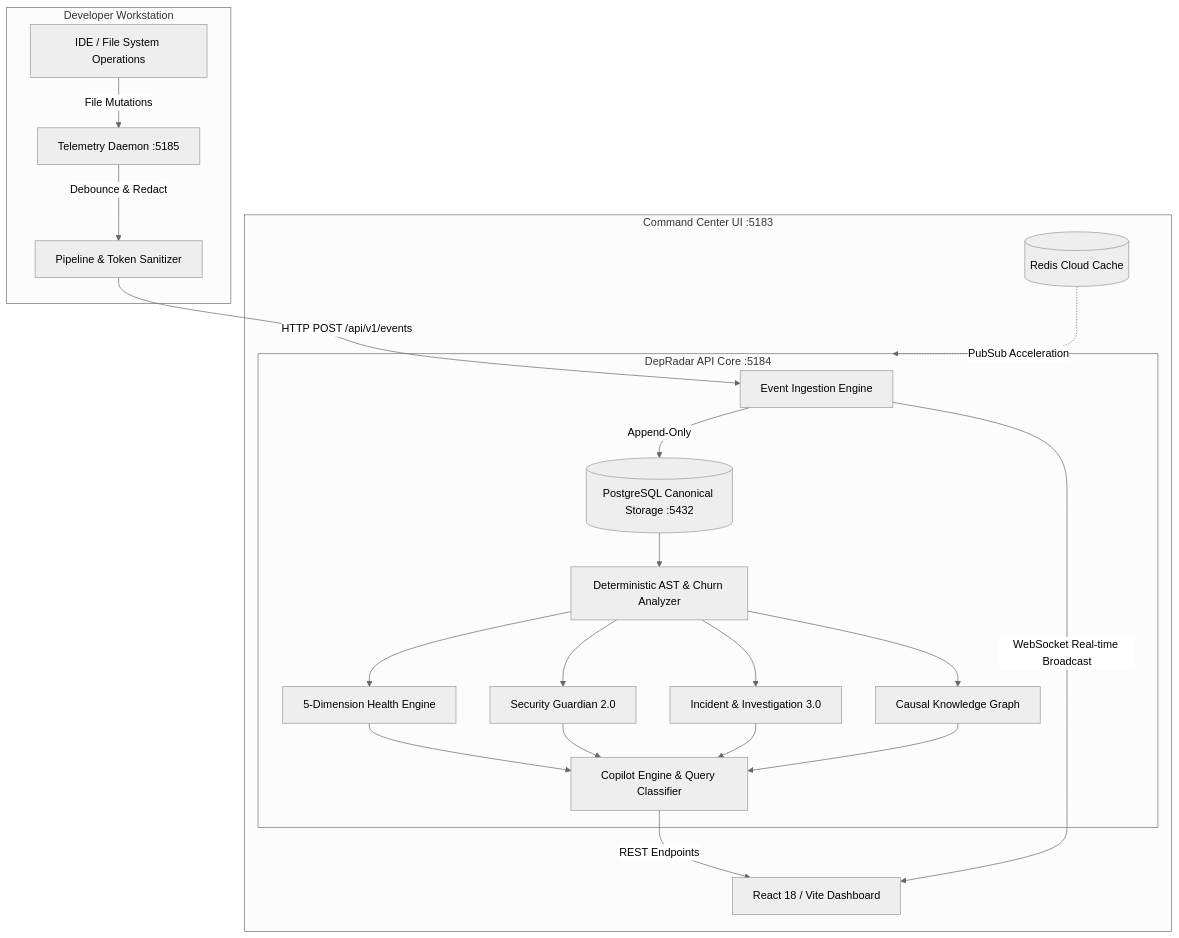
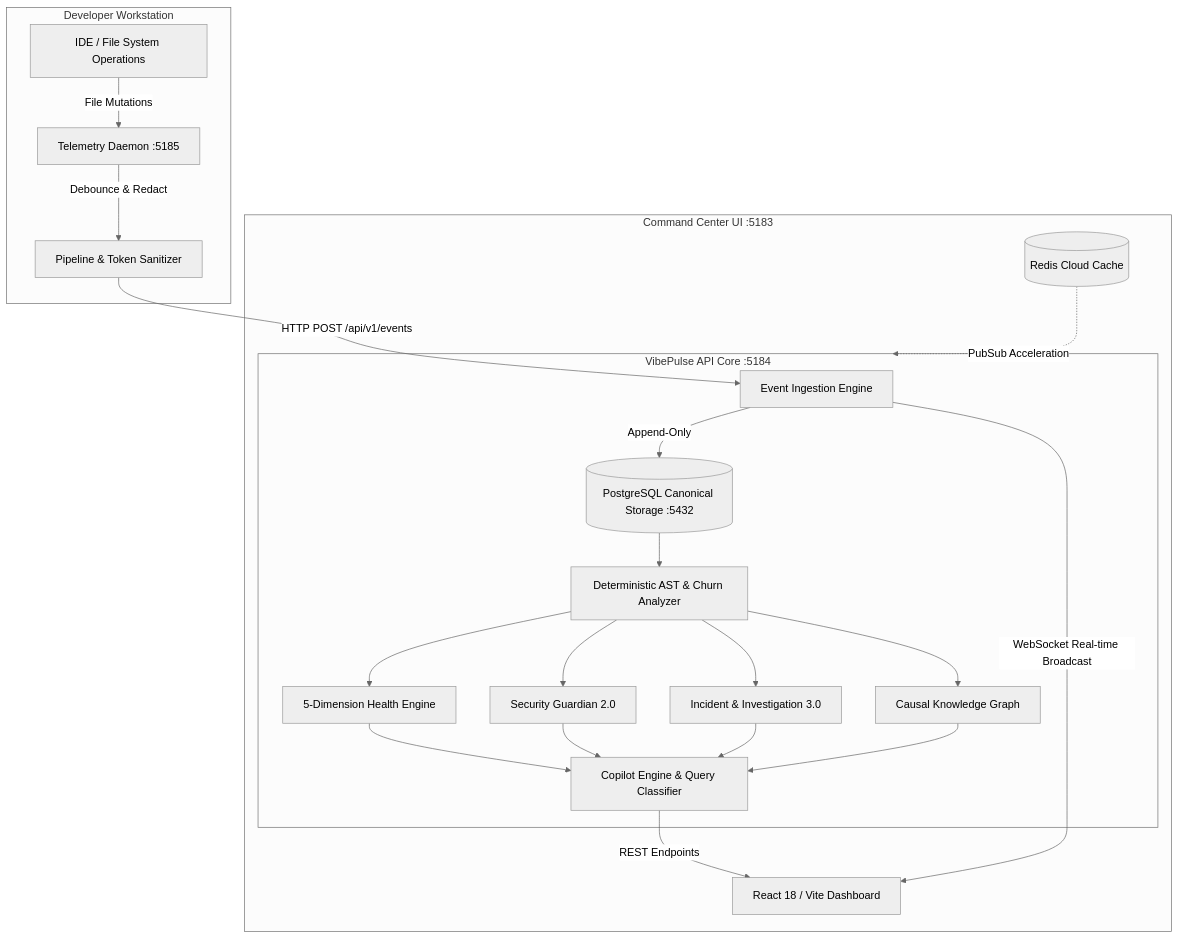
Before and after one commit to sanket200511/VibePulse: the diagram in README.md, drawn with Mermaid (neutral theme). The commit also changed other lines of this file and 223 other files, not shown here.

Commit message:
feat(branding): restore VibePulse branding across entire repository

````diff
--- a/README.md
+++ b/README.md
@@ -105,29 +105,29 @@
 ```mermaid
 flowchart TD
     subgraph DeveloperEnvironment [Developer Workstation]
         IDE[IDE / File System Operations] -->|File Mutations| Watcher[Telemetry Daemon :5185]
         Watcher -->|Debounce & Redact| EdgePipeline[Pipeline & Token Sanitizer]
     end
 
-    subgraph CoreBackend [DepRadar API Core :5184]
+    subgraph CoreBackend [VibePulse API Core :5184]
         EdgePipeline -->|HTTP POST /api/v1/events| Ingest[Event Ingestion Engine]
         Ingest -->|Append-Only| DB[(PostgreSQL Canonical Storage :5432)]
 
         DB --> Analyzer[Deterministic AST & Churn Analyzer]
         Analyzer --> HealthEngine[5-Dimension Health Engine]
         Analyzer --> SecEngine[Security Guardian 2.0]
         Analyzer --> CausalEngine[Incident & Investigation 3.0]
         Analyzer --> GraphEngine[Causal Knowledge Graph]
 
         HealthEngine --> QueryHub[Copilot Engine & Query Classifier]
         SecEngine --> QueryHub
         CausalEngine --> QueryHub
         GraphEngine --> QueryHub
     end
 
     subgraph PresentationTier [Command Center UI :5183]
         QueryHub -->|REST Endpoints| WebApp[React 18 / Vite Dashboard]
         Ingest -->|WebSocket Real-time Broadcast| WebApp
         Redis[(Redis Cloud Cache)] -.->|PubSub Acceleration| CoreBackend
     end
 ```
````
